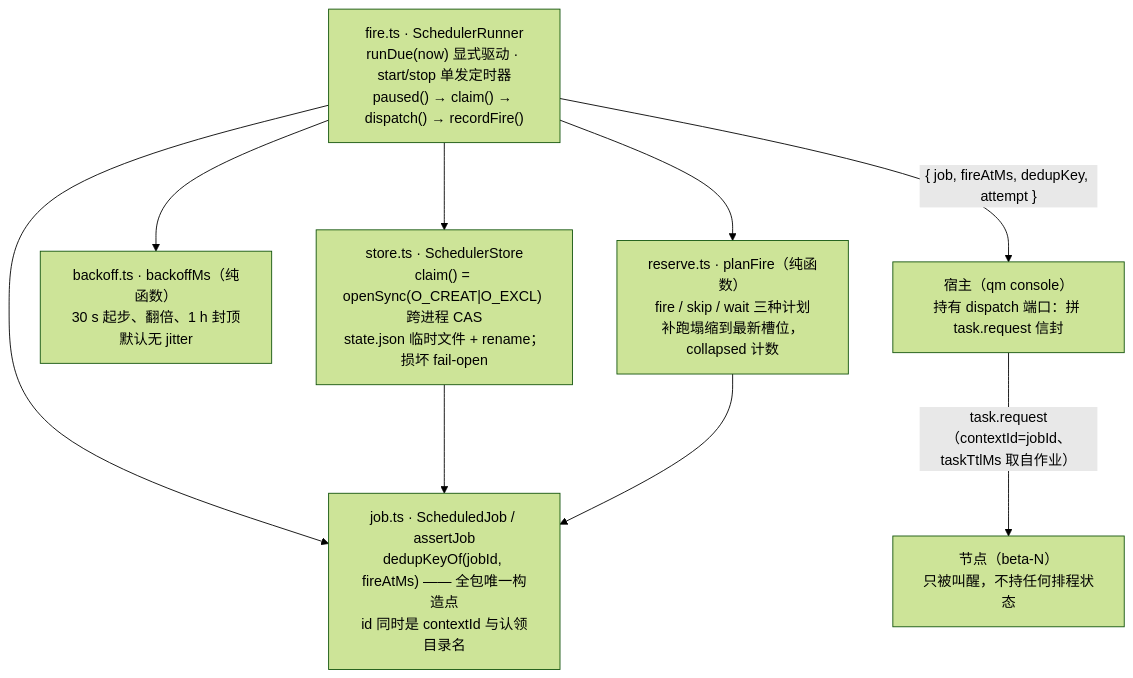
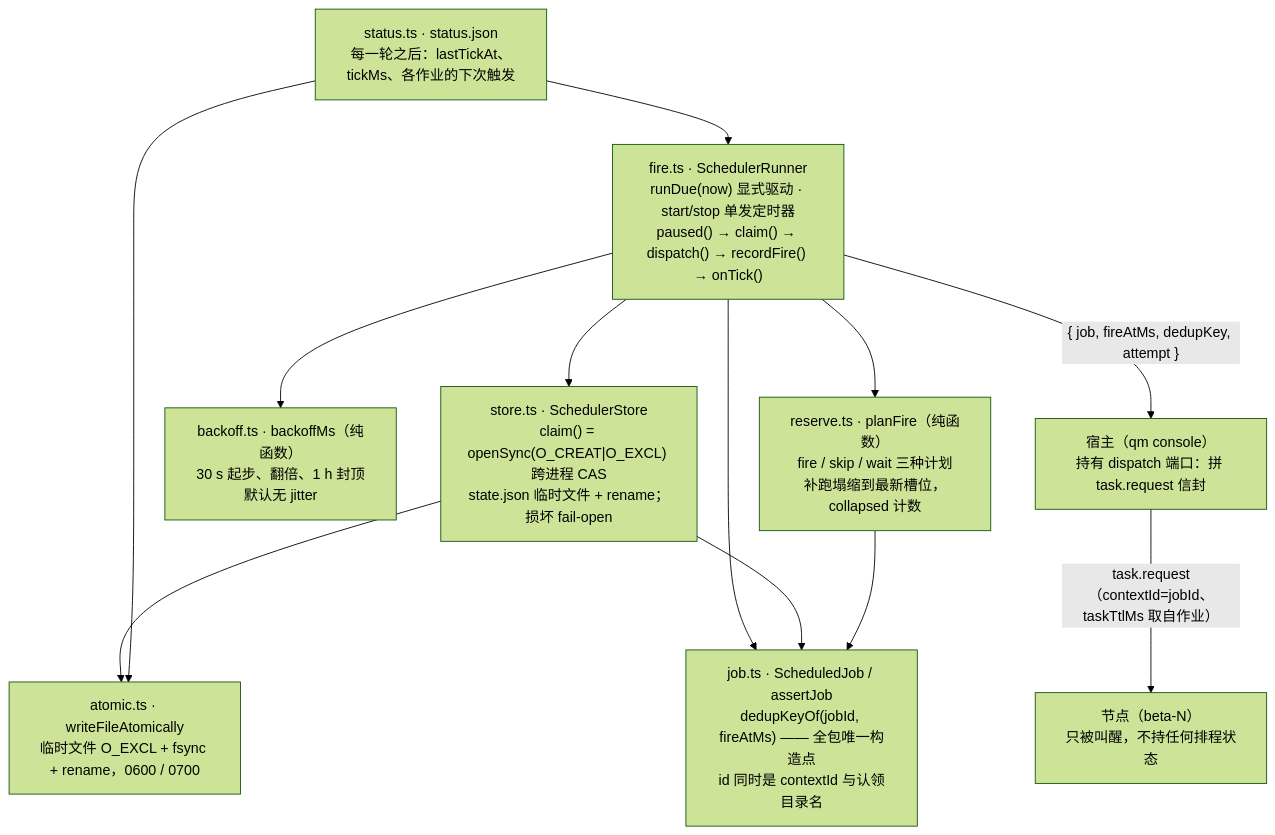
One commit to sweetcornna/atlas changed the diagram in packages/scheduler/README.md. Above: the diagram before and after it, drawn with Mermaid (forest theme). The commit also changed other lines of this file and 1 other file, not shown here.

Commit message:
docs(console): 值守作业页读 status.json、锚点不符按次区分
- docs/dev/console.md：§10.2「怎么确认它在跑」加 status.json 一行；
  §10.3 两条边界改为心跳经 status.json 到控制台、两个 tickMs 的判据与
  派发卡住时的表现；§10.4 作业页每一格的来源按 status.json / state.json
  重写，写明原子替换的做法；告警 id 一段补上锚点不符。
- packages/scheduler/README.md：模块图加 atomic.ts 与 status.ts，对外
  API 加 onTick 与 status.json 一组，不变式 7 与「控制台的作业页」一条
  改为现状。

Claude-Session: https://claude.ai/code/session_017GQMPtXiQkJEy7aGTxu4TD

````diff
--- a/packages/scheduler/README.md
+++ b/packages/scheduler/README.md
@@ -18,20 +18,25 @@
 ```mermaid
 flowchart TD
   job["job.ts · ScheduledJob / assertJob<br/>dedupKeyOf(jobId, fireAtMs) —— 全包唯一构造点<br/>id 同时是 contextId 与认领目录名"]
   reserve["reserve.ts · planFire（纯函数）<br/>fire / skip / wait 三种计划<br/>补跑塌缩到最新槽位，collapsed 计数"]
   backoff["backoff.ts · backoffMs（纯函数）<br/>30 s 起步、翻倍、1 h 封顶<br/>默认无 jitter"]
   store["store.ts · SchedulerStore<br/>claim() = openSync(O_CREAT|O_EXCL) 跨进程 CAS<br/>state.json 临时文件 + rename；损坏 fail-open"]
-  fire["fire.ts · SchedulerRunner<br/>runDue(now) 显式驱动 · start/stop 单发定时器<br/>paused() → claim() → dispatch() → recordFire()"]
+  atomic["atomic.ts · writeFileAtomically<br/>临时文件 O_EXCL + fsync + rename，0600 / 0700"]
+  status["status.ts · status.json<br/>每一轮之后：lastTickAt、tickMs、各作业的下次触发"]
+  fire["fire.ts · SchedulerRunner<br/>runDue(now) 显式驱动 · start/stop 单发定时器<br/>paused() → claim() → dispatch() → recordFire() → onTick()"]
 
   host["宿主（qm console）<br/>持有 dispatch 端口：拼 task.request 信封"]
   node["节点（beta-N）<br/>只被叫醒，不持任何排程状态"]
 
   fire --> job
   fire --> reserve
   fire --> backoff
   fire --> store
   store --> job
+  store --> atomic
+  status --> atomic
+  status --> fire
   reserve --> job
   fire -->|"{ job, fireAtMs, dedupKey, attempt }"| host
   host -->|"task.request（contextId=jobId、taskTtlMs 取自作业）"| node
 ```
````
